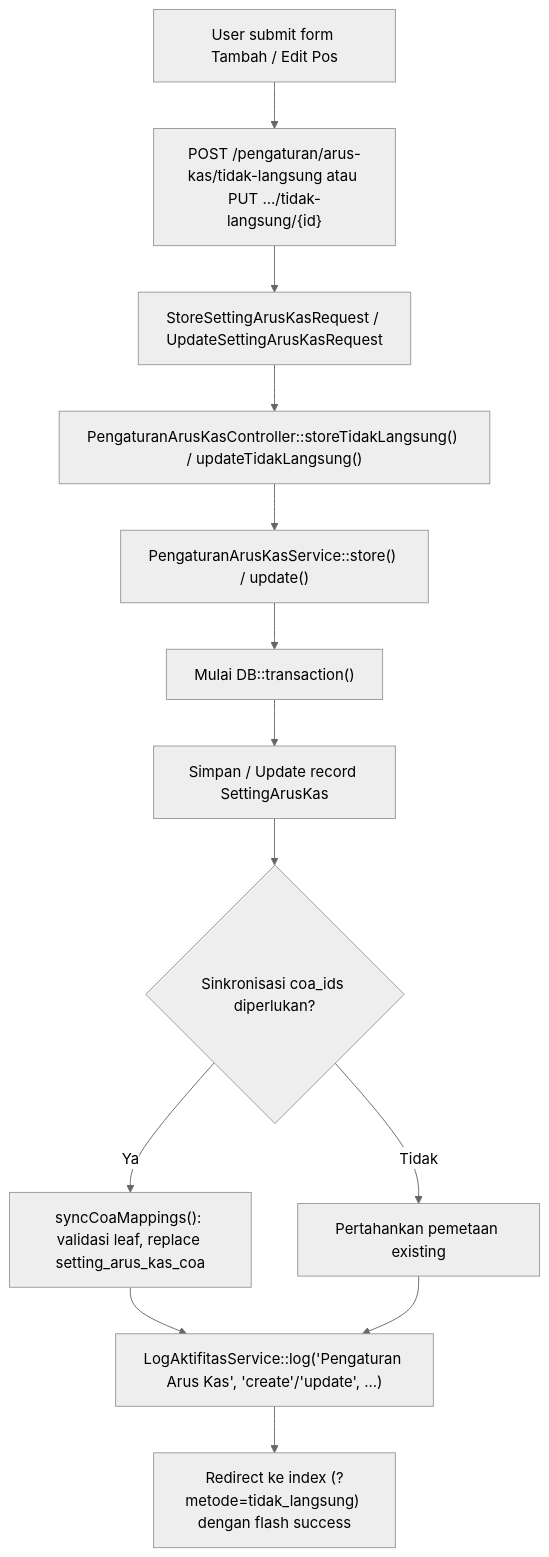
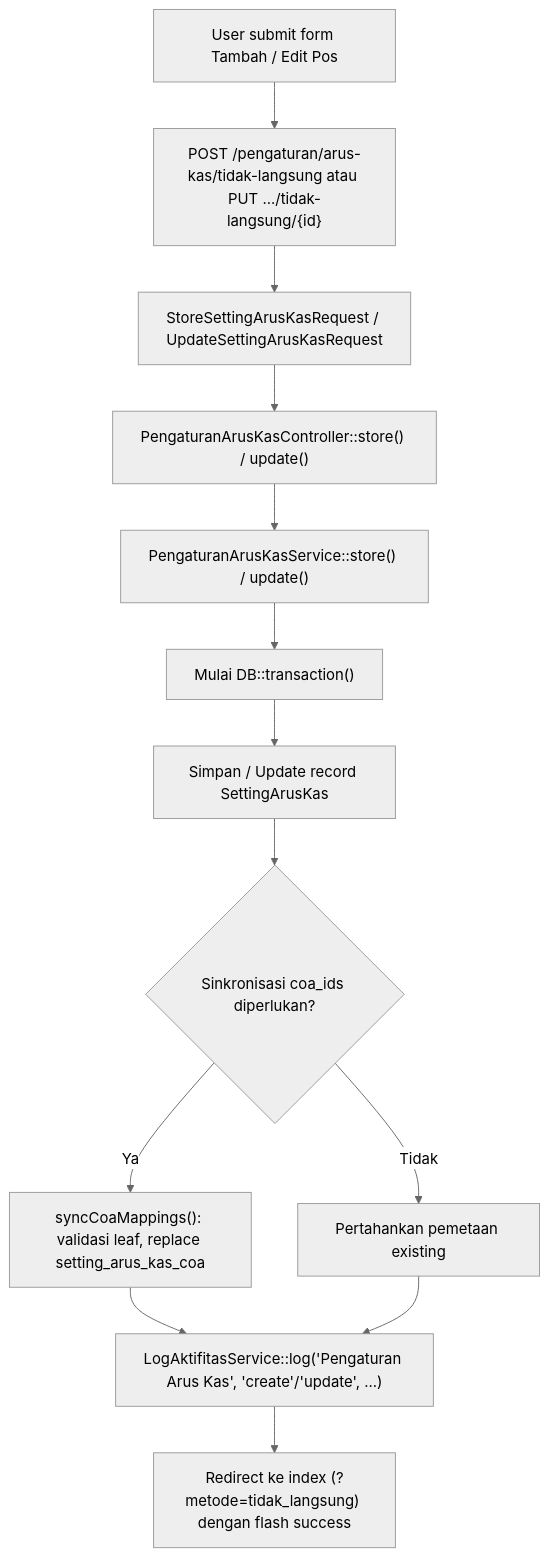
Before and after one commit to AltamaSidoarjo/laravel-siakurat-pt-smt: the eighth of 9 diagrams in dokumentasi/pengaturan-arus-kas.md, drawn with Mermaid (neutral theme). The commit also changed other lines of this file and 4 other files, not shown here.

Commit message:
fix(arus-kas): address whole-branch review findings and polish UI & docs

````diff
--- a/dokumentasi/pengaturan-arus-kas.md
+++ b/dokumentasi/pengaturan-arus-kas.md
@@ -486,15 +490,15 @@
 ```mermaid
 flowchart TD
     A["User submit form Tambah / Edit Pos"] --> B["POST /pengaturan/arus-kas/tidak-langsung atau PUT .../tidak-langsung/{id}"]
     B --> C["StoreSettingArusKasRequest / UpdateSettingArusKasRequest"]
-    C --> D["PengaturanArusKasController::storeTidakLangsung() / updateTidakLangsung()"]
+    C --> D["PengaturanArusKasController::store() / update()"]
     D --> E["PengaturanArusKasService::store() / update()"]
     E --> F["Mulai DB::transaction()"]
     F --> G["Simpan / Update record SettingArusKas"]
     G --> H{"Sinkronisasi coa_ids diperlukan?"}
     H -- Ya --> I["syncCoaMappings(): validasi leaf, replace setting_arus_kas_coa"]
     H -- Tidak --> J["Pertahankan pemetaan existing"]
     I --> K["LogAktifitasService::log('Pengaturan Arus Kas', 'create'/'update', ...)"]
     J --> K
     K --> L["Redirect ke index (?metode=tidak_langsung) dengan flash success"]
 ```
````
